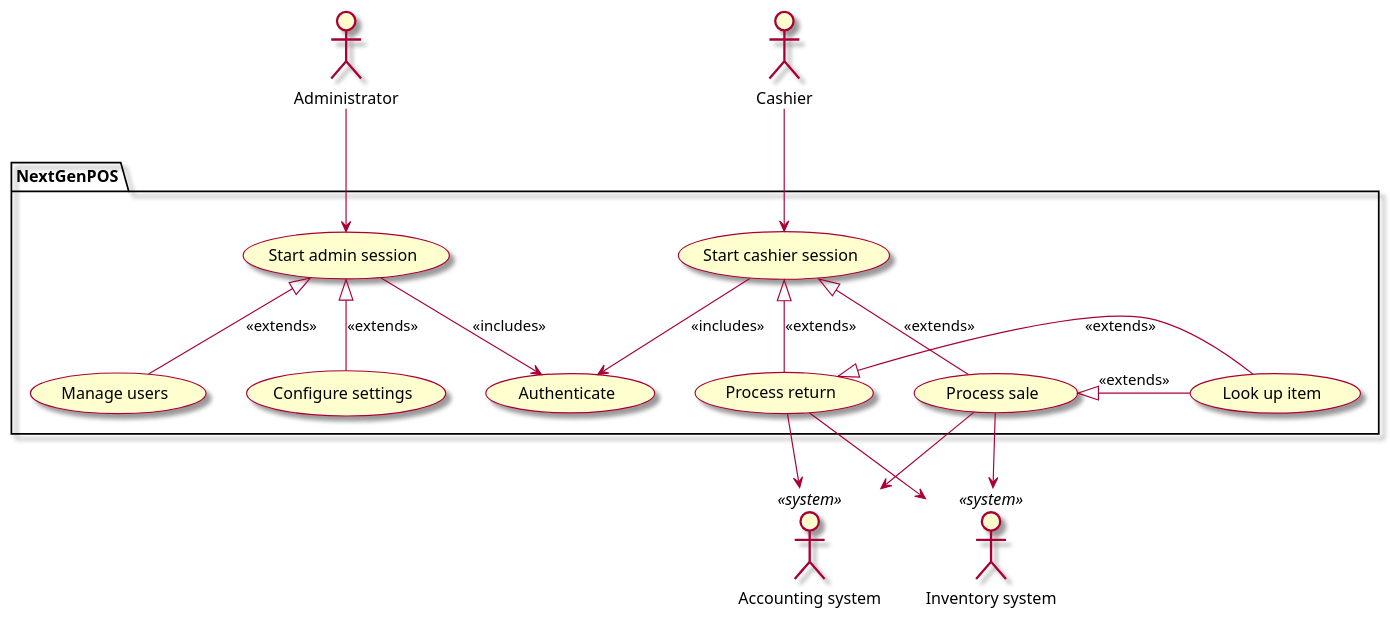
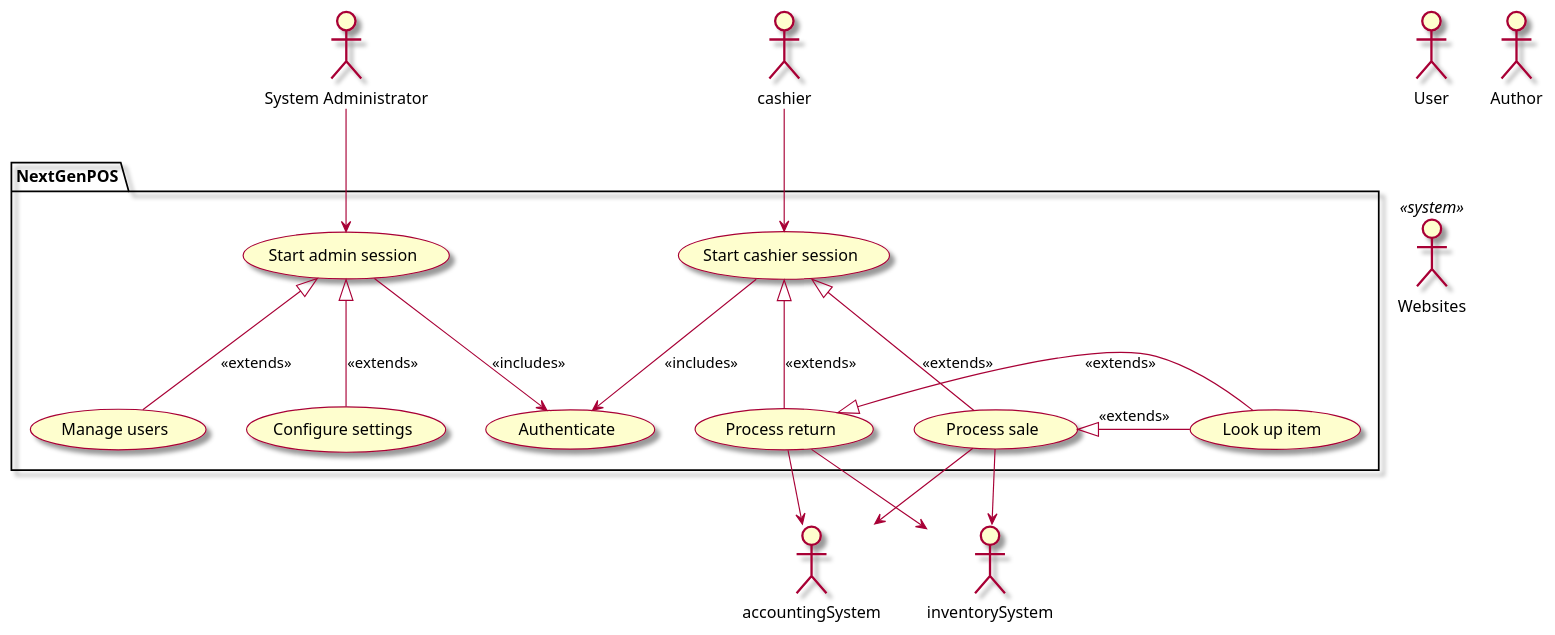
One commit to owhitleym-ui/EcoScoop changed the diagram in intellij/doc/vision.md. Above: the diagram before and after it, drawn with PlantUML. The commit also changed other lines of this file, not shown here.

````diff
--- a/intellij/doc/vision.md
+++ b/intellij/doc/vision.md
@@ -29,47 +31,47 @@
 ```plantuml
 @startuml
 skin rose
 
 ' human actors
-actor "Administrator" as admin
-actor "Cashier" as cashier
+actor "System Administrator" as admin
+actor "User" as user
+actor "Author" as author
 
 ' system actors
-actor "Accounting system" <<system>> as accountingSystem
-actor "Inventory system" <<system>> as inventorySystem
+actor "Websites" <<system>> as website
 
 ' list all use cases in package
 package NextGenPOS{
     usecase "Authenticate" as authenticate
     usecase "Start admin session" as administerSystem
     usecase "Start cashier session" as startCashierSession
     
     usecase "Manage users" as manageUsers
     usecase "Configure settings" as configureSettings
     usecase "Process sale" as processSale
     usecase "Process return" as processReturn
     usecase "Look up item" as lookUpItem
 }
 
 ' list relationships between actors and use cases
 admin --> administerSystem
 cashier --> startCashierSession
 
 startCashierSession --> authenticate : <<includes>>
 administerSystem --> authenticate : <<includes>>
 administerSystem <|-- manageUsers : <<extends>>
 administerSystem <|-- configureSettings : <<extends>>
 
 processSale <|-right- lookUpItem : <<extends>>
 processReturn <|-left- lookUpItem : <<extends>>
 
 startCashierSession <|-- processSale : <<extends>>
 startCashierSession <|-- processReturn : <<extends>>
 
 ' system actors
 processSale --> accountingSystem
 processSale --> inventorySystem
 processReturn --> accountingSystem
 processReturn --> inventorySystem
 @enduml
 ```
````
